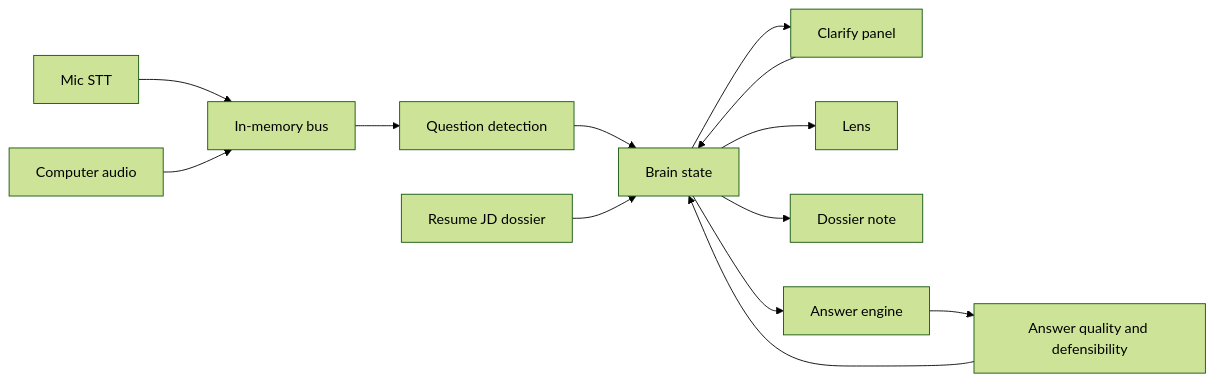
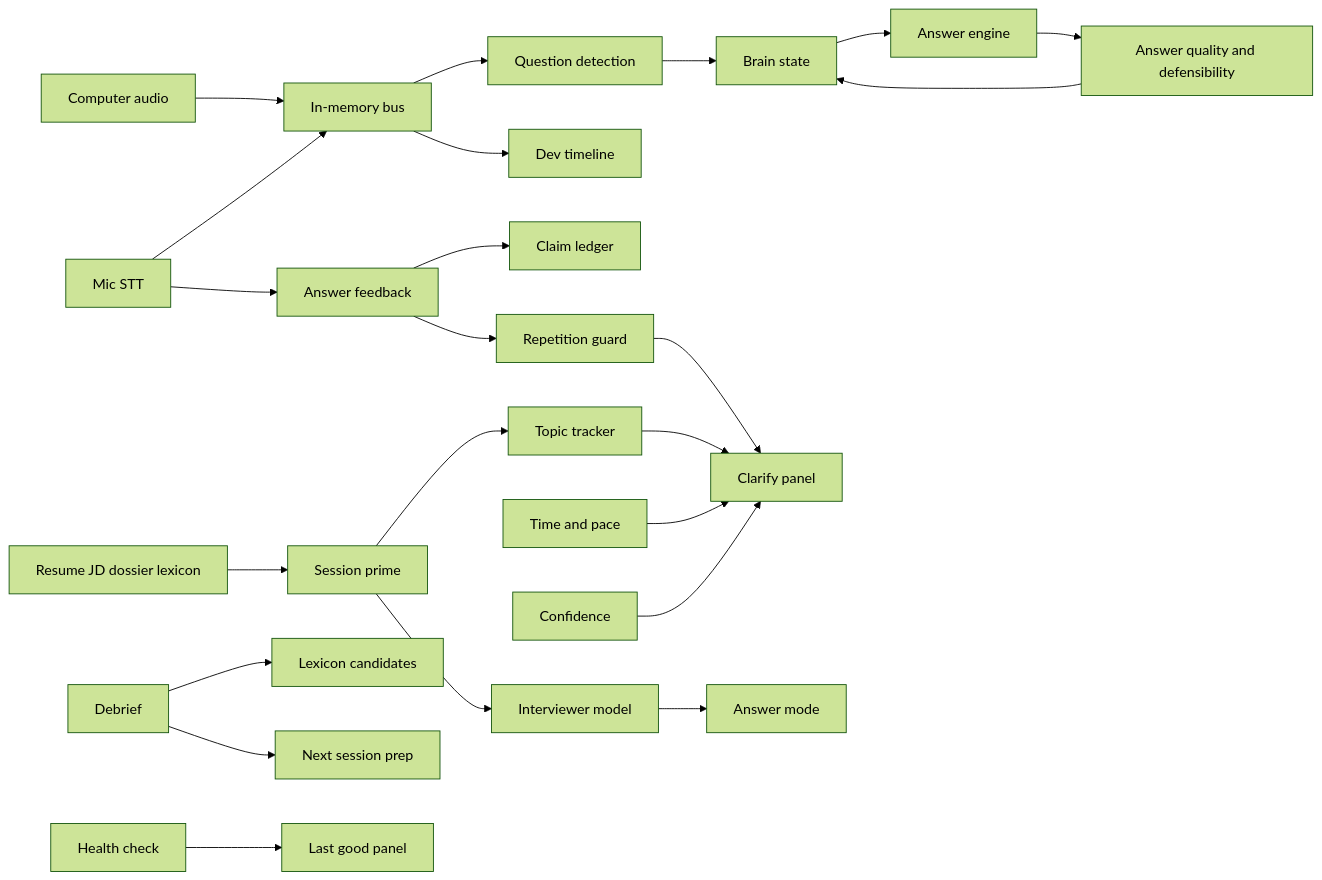
Before and after one commit to eshwarjay0-delS/job-dashboard: the second of 2 diagrams in docs/kompas-brain-map.md, drawn with Mermaid (forest theme). The commit also changed other lines of this file and 16 other files, not shown here.

First line of the commit message:
Ground the lexicon and close the brain bus.

````diff
--- a/docs/kompas-brain-map.md
+++ b/docs/kompas-brain-map.md
@@ -30,15 +30,25 @@
 ```mermaid
 flowchart LR
   mic[Mic STT] --> bus[In-memory bus]
   computer[Computer audio] --> bus
   bus --> ears[Question detection]
   ears --> brain[Brain state]
-  context[Resume JD dossier] --> brain
-  brain --> clarify[Clarify panel]
-  brain --> lens[Lens]
-  brain --> dossier[Dossier note]
+  context[Resume JD dossier lexicon] --> prime[Session prime]
+  prime --> topics[Topic tracker]
+  prime --> interviewer[Interviewer model]
+  topics --> clarify[Clarify panel]
+  interviewer --> mode[Answer mode]
+  mic --> feedback[Answer feedback]
+  feedback --> ledger[Claim ledger]
+  feedback --> repeat[Repetition guard]
+  repeat --> clarify
+  pace[Time and pace] --> clarify
+  confidence[Confidence] --> clarify
+  debrief[Debrief] --> lexicon[Lexicon candidates]
+  debrief --> prep[Next session prep]
+  health[Health check] --> panel[Last good panel]
+  bus --> timeline[Dev timeline]
   brain --> answer[Answer engine]
   answer --> quality[Answer quality and defensibility]
   quality --> brain
-  clarify --> brain
 ```
````
